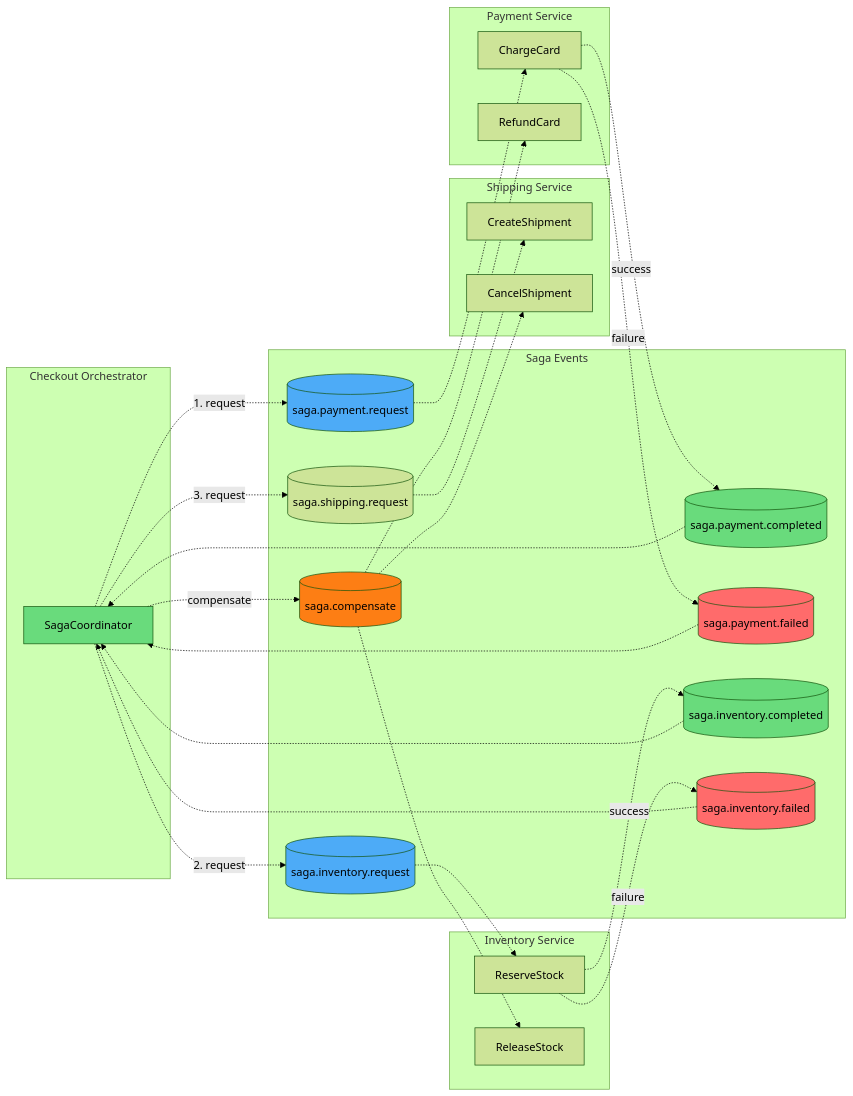
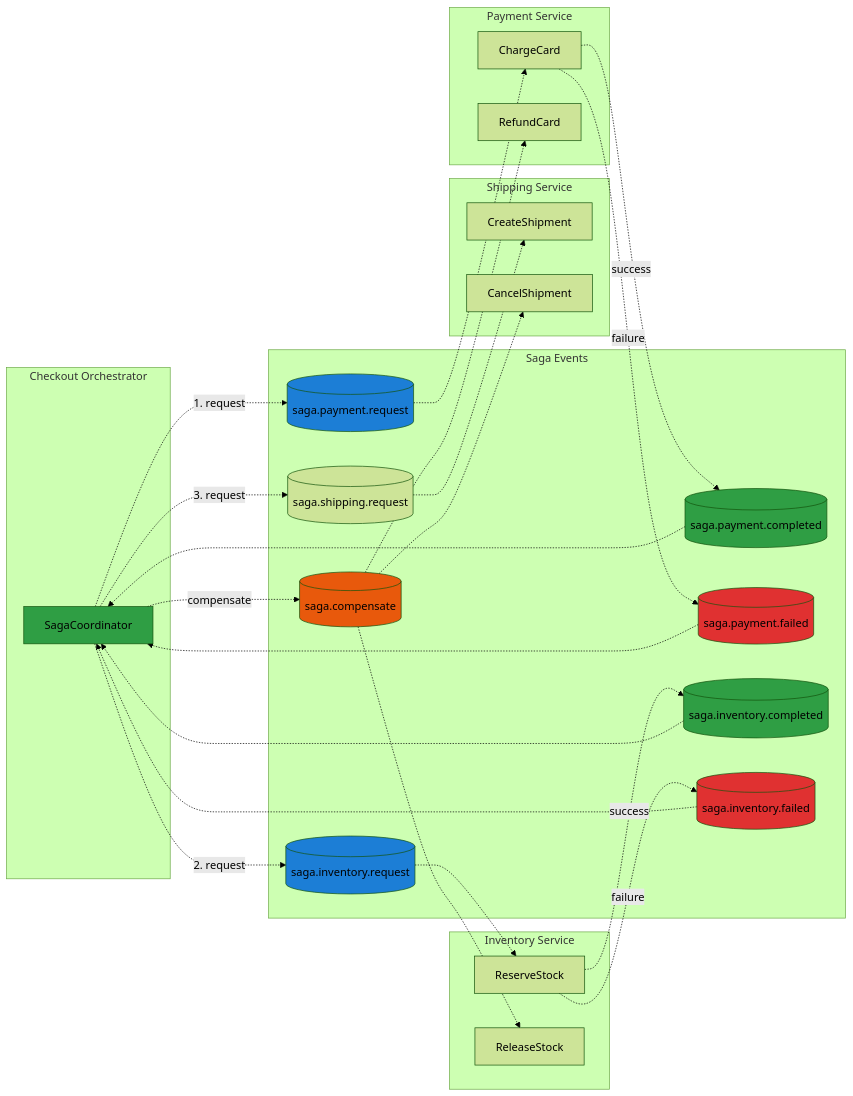
The fourth of 5 diagrams in examples/service-flow.md (selimabeniacar/gemini-skills), drawn with Mermaid (forest theme) before and after one commit. The commit also changed other lines of this file and 6 other files, not shown here.

Commit message:
Add /flow skill for generating flow diagrams

````diff
--- a/examples/service-flow.md
+++ b/examples/service-flow.md
@@ -295,66 +295,66 @@
 ```mermaid
 flowchart LR
-    subgraph CheckoutService [Checkout Orchestrator]
+    subgraph checkout-service ["Checkout Orchestrator"]
         C1[SagaCoordinator]
     end
 
-    subgraph PaymentService [Payment Service]
+    subgraph payment-service ["Payment Service"]
         P1[ChargeCard]
         P2[RefundCard]
     end
 
-    subgraph InventoryService [Inventory Service]
+    subgraph inventory-service ["Inventory Service"]
         I1[ReserveStock]
         I2[ReleaseStock]
     end
 
-    subgraph ShippingService [Shipping Service]
+    subgraph shipping-service ["Shipping Service"]
         S1[CreateShipment]
         S2[CancelShipment]
     end
 
-    subgraph Kafka [Saga Events]
+    subgraph kafka ["Saga Events"]
         T1[(saga.payment.request)]
         T2[(saga.payment.completed)]
         T3[(saga.payment.failed)]
         T4[(saga.inventory.request)]
         T5[(saga.inventory.completed)]
         T6[(saga.inventory.failed)]
         T7[(saga.shipping.request)]
         T8[(saga.compensate)]
     end
 
     %% Saga orchestration is ASYNC
     C1 -.->|1. request| T1
     T1 -.-> P1
     P1 -.->|success| T2
     P1 -.->|failure| T3
     T2 -.-> C1
 
     C1 -.->|2. request| T4
     T4 -.-> I1
     I1 -.->|success| T5
     I1 -.->|failure| T6
     T5 -.-> C1
 
     C1 -.->|3. request| T7
     T7 -.-> S1
 
     %% Compensation flow
     T3 -.-> C1
     T6 -.-> C1
     C1 -.->|compensate| T8
     T8 -.-> P2
     T8 -.-> I2
     T8 -.-> S2
 
     %% Styling
-    style C1 fill:#69db7c
-    style T1 fill:#4dabf7
-    style T2 fill:#69db7c
-    style T3 fill:#ff6b6b
-    style T4 fill:#4dabf7
-    style T5 fill:#69db7c
-    style T6 fill:#ff6b6b
-    style T8 fill:#fd7e14
+    style C1 fill:#2f9e44
+    style T1 fill:#1c7ed6
+    style T2 fill:#2f9e44
+    style T3 fill:#e03131
+    style T4 fill:#1c7ed6
+    style T5 fill:#2f9e44
+    style T6 fill:#e03131
+    style T8 fill:#e8590c
 ```
````
